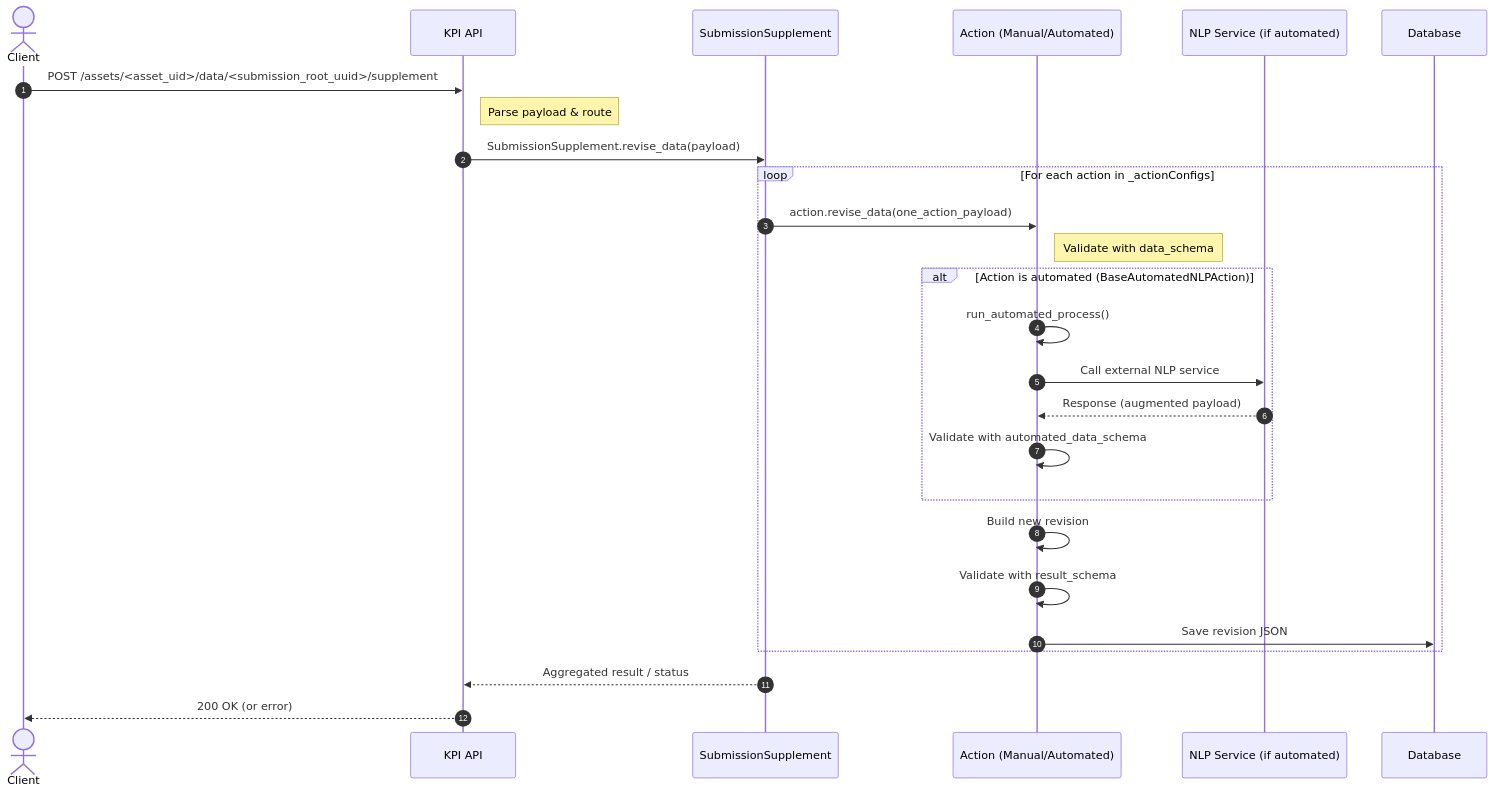
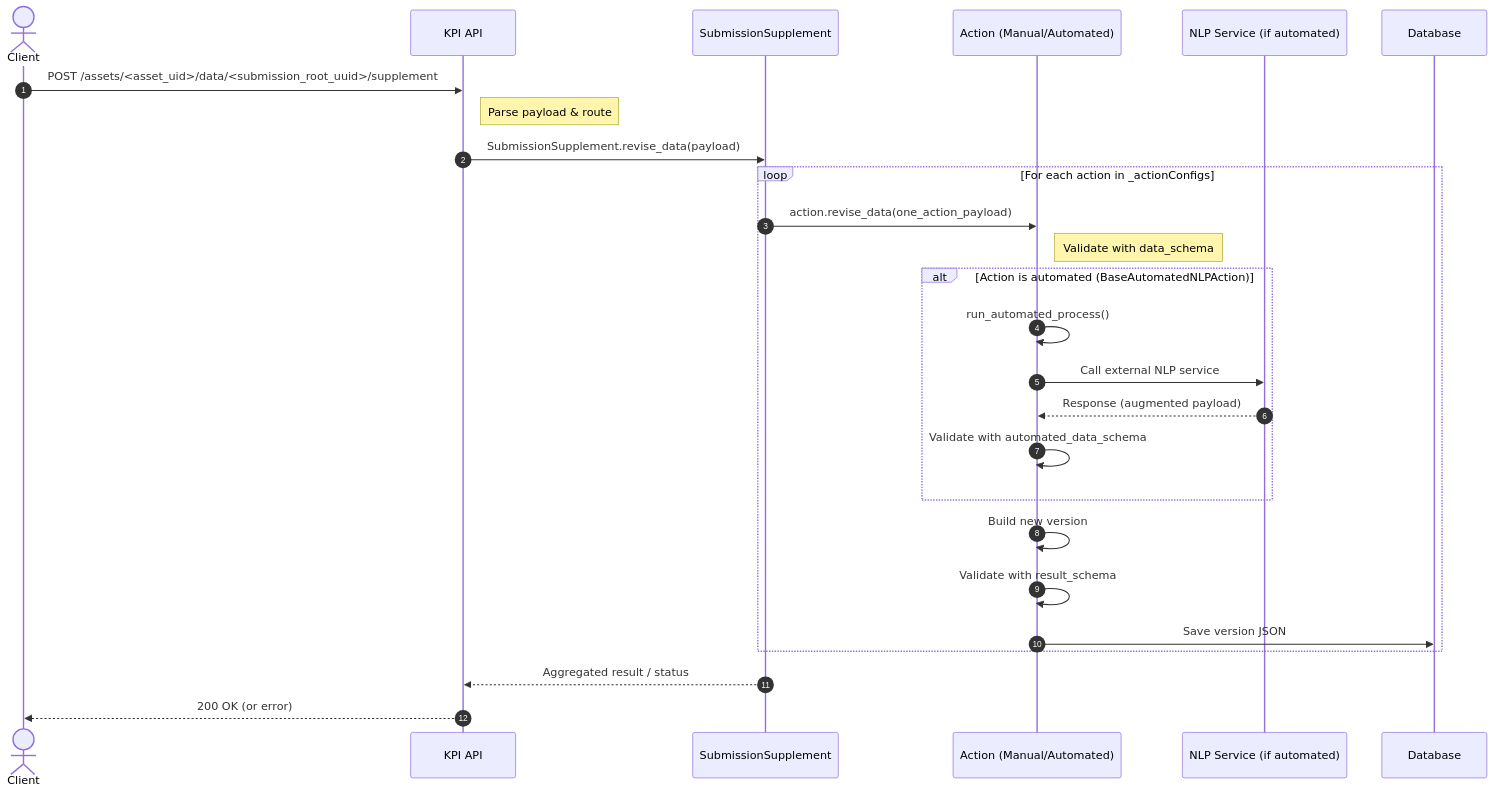
One commit to kobotoolbox/kpi changed the second of 3 diagrams in kobo/apps/subsequences/README.md. Above: the diagram before and after it, drawn with Mermaid. The commit also changed other lines of this file and 16 other files, not shown here.

Commit message:
Change content JSON structure from _revisions to _version

````diff
--- a/kobo/apps/subsequences/README.md
+++ b/kobo/apps/subsequences/README.md
@@ -160,34 +160,34 @@
 ```mermaid
 sequenceDiagram
 autonumber
 actor Client
 participant API as KPI API
 participant SS as SubmissionSupplement
 participant Action as Action (Manual/Automated)
 participant Ext as NLP Service (if automated)
 participant DB as Database
 
 Client->>API: POST /assets/<asset_uid>/data/<submission_root_uuid>/supplement
 Note right of API: Parse payload & route
 
 API->>SS: SubmissionSupplement.revise_data(payload)
 
 loop For each action in _actionConfigs
   SS->>Action: action.revise_data(one_action_payload)
   Note right of Action: Validate with data_schema
 
   alt Action is automated (BaseAutomatedNLPAction)
     Action->>Action: run_automated_process()
     Action->>Ext: Call external NLP service
     Ext-->>Action: Response (augmented payload)
     Action->>Action: Validate with automated_data_schema
   end
 
-  Action->>Action: Build new revision
+  Action->>Action: Build new version
   Action->>Action: Validate with result_schema
-  Action->>DB: Save revision JSON
+  Action->>DB: Save version JSON
 end
 
 SS-->>API: Aggregated result / status
 API-->>Client: 200 OK (or error)
 ```
````
